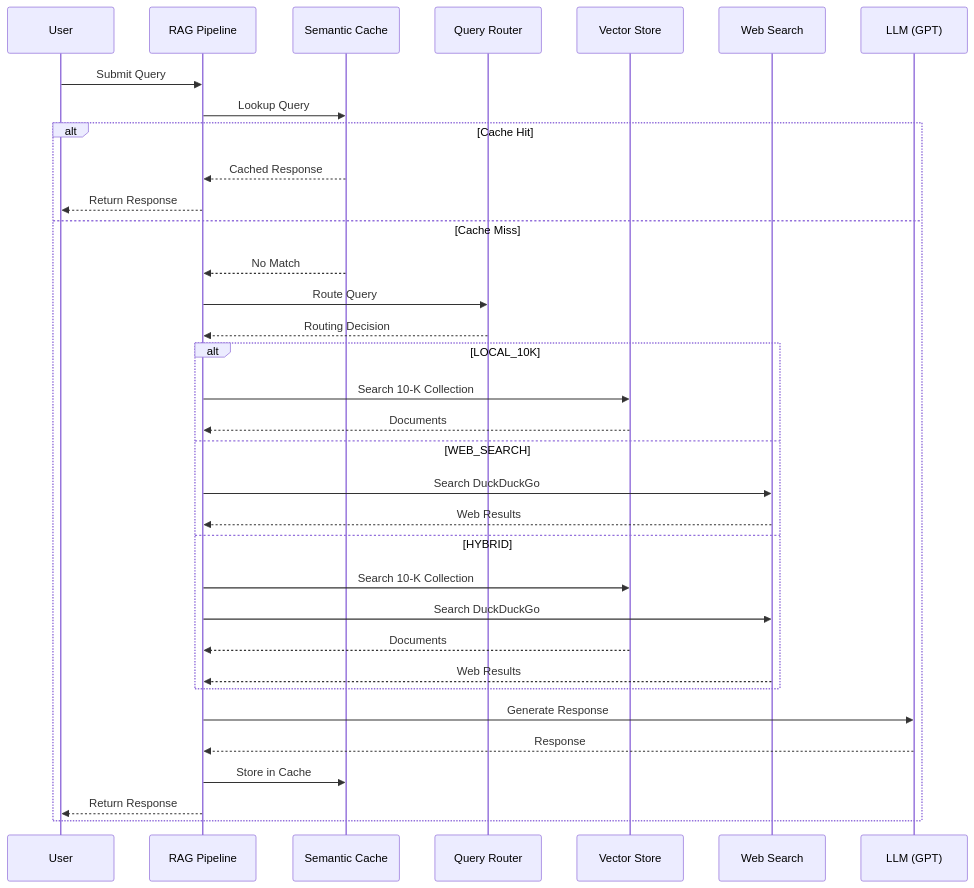
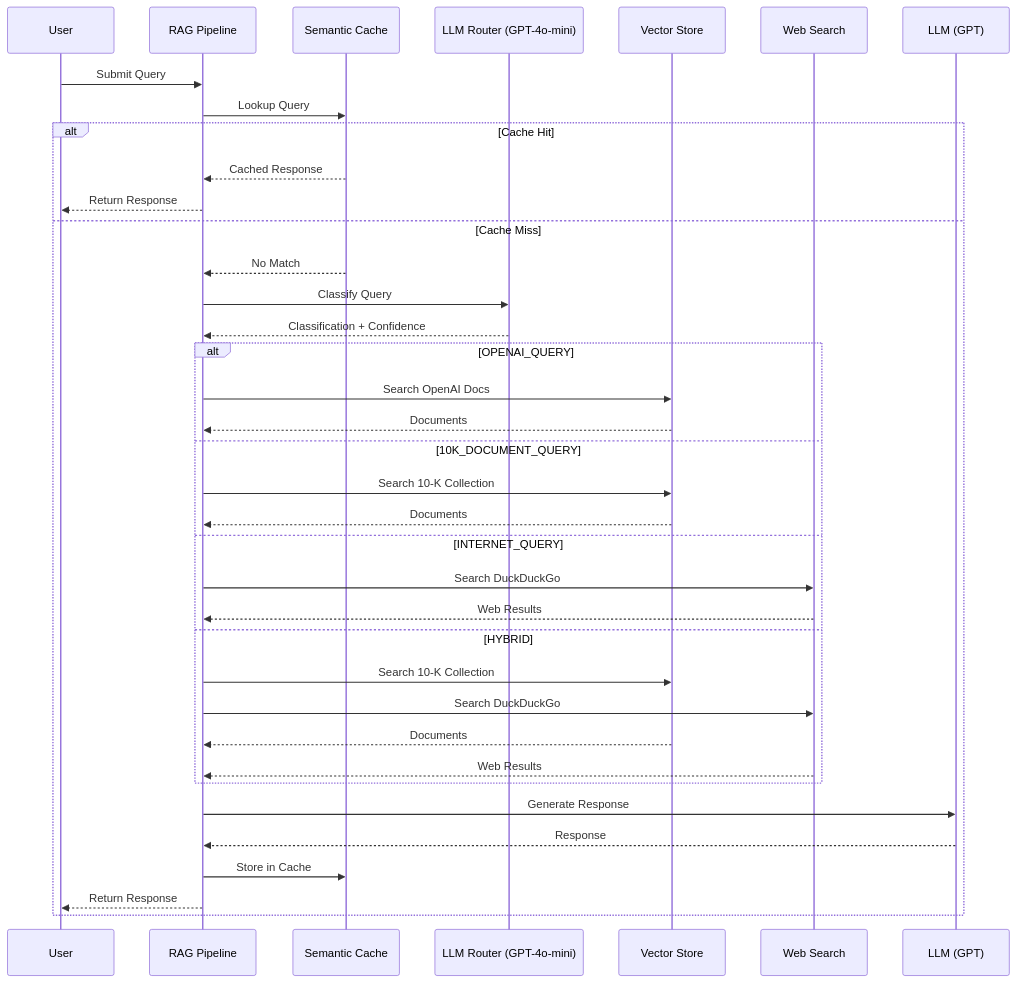
Before and after one commit to brianvanko/agentic-search-engine: the second of 5 diagrams in README.md, drawn with Mermaid. The commit also changed other lines of this file and 12 other files, not shown here.

````diff
--- a/README.md
+++ b/README.md
@@ -74,40 +71,43 @@
 ```mermaid
 sequenceDiagram
     participant U as User
     participant P as RAG Pipeline
     participant C as Semantic Cache
-    participant R as Query Router
+    participant R as LLM Router (GPT-4o-mini)
     participant V as Vector Store
     participant W as Web Search
     participant L as LLM (GPT)
 
     U->>P: Submit Query
     P->>C: Lookup Query
 
     alt Cache Hit
         C-->>P: Cached Response
         P-->>U: Return Response
     else Cache Miss
         C-->>P: No Match
-        P->>R: Route Query
-        R-->>P: Routing Decision
+        P->>R: Classify Query
+        R-->>P: Classification + Confidence
 
-        alt LOCAL_10K
+        alt OPENAI_QUERY
+            P->>V: Search OpenAI Docs
+            V-->>P: Documents
+        else 10K_DOCUMENT_QUERY
             P->>V: Search 10-K Collection
             V-->>P: Documents
-        else WEB_SEARCH
+        else INTERNET_QUERY
             P->>W: Search DuckDuckGo
             W-->>P: Web Results
         else HYBRID
             P->>V: Search 10-K Collection
             P->>W: Search DuckDuckGo
             V-->>P: Documents
             W-->>P: Web Results
         end
 
         P->>L: Generate Response
         L-->>P: Response
         P->>C: Store in Cache
         P-->>U: Return Response
     end
 ```
````
